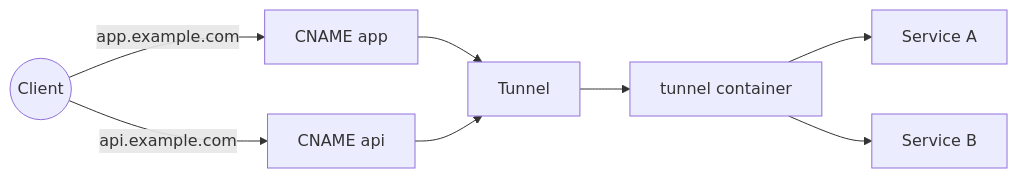
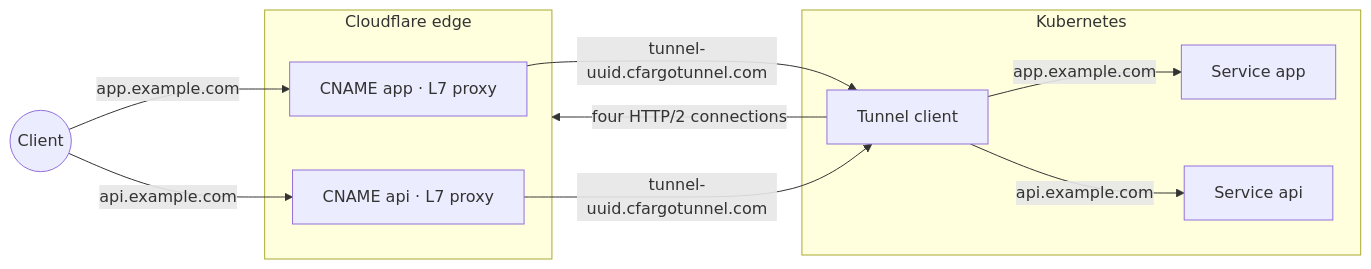
Before and after one commit to matheuscscp/cloudflare-gateway-controller: the diagram in README.md, drawn with Mermaid. The commit also changed other lines of this file and 25 other files, not shown here.

````diff
--- a/README.md
+++ b/README.md
@@ -24,11 +24,18 @@
 ```mermaid
 flowchart LR
     C((Client))
-    C -->|app.example.com| CNA[CNAME app]
-    C -->|api.example.com| CNB[CNAME api]
-    CNA --> T[Tunnel]
-    CNB --> T
-    T --> TC[tunnel container]
-    TC --> SA[Service A]
-    TC --> SB[Service B]
+    C -->|app.example.com| CNA
+    C -->|api.example.com| CNB
+    subgraph cfe[Cloudflare edge]
+        CNA["CNAME app · L7 proxy"]
+        CNB["CNAME api · L7 proxy"]
+    end
+    CNA -->|"tunnel-uuid.cfargotunnel.com"| T
+    CNB -->|"tunnel-uuid.cfargotunnel.com"| T
+    subgraph Kubernetes
+        T[Tunnel client]
+        T -->|app.example.com| SA[Service app]
+        T -->|api.example.com| SB[Service api]
+    end
+    T -->|four HTTP/2 connections| cfe
 ```
````
